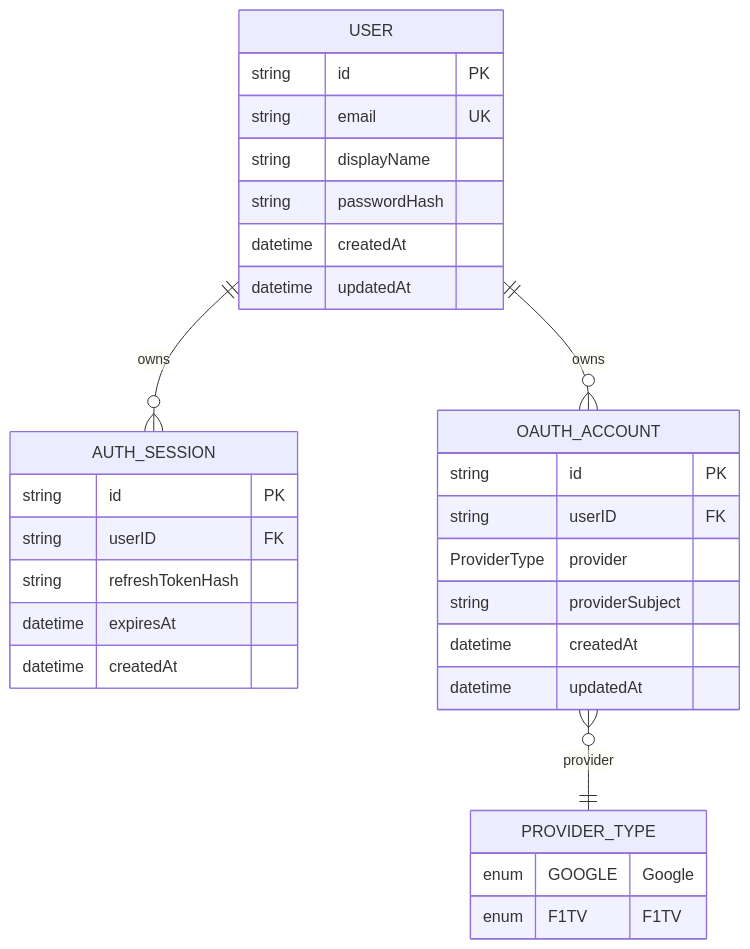
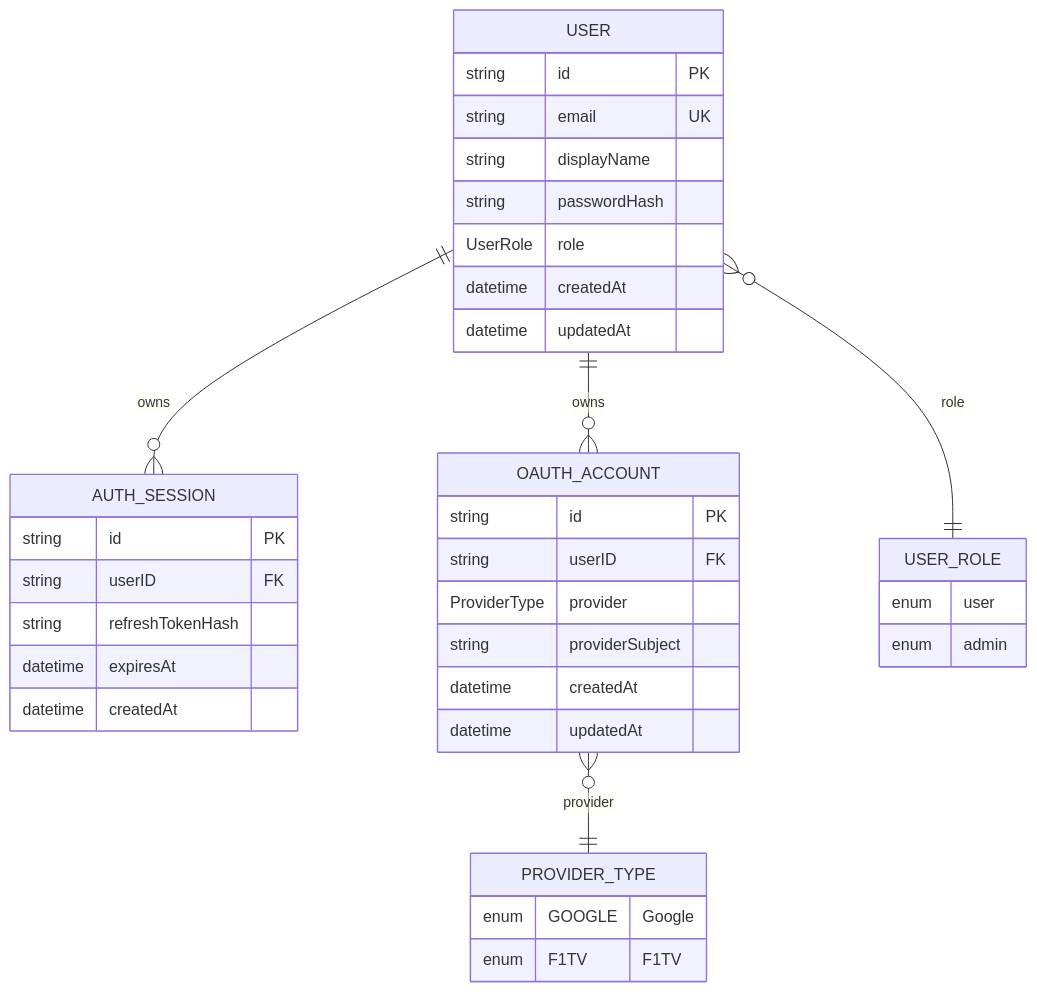
One commit to OverDrive-Motorsports/OD_Backend changed the diagram in services/auth-service/doc/db/database-diagram.mmd. Above: the diagram before and after it, drawn with Mermaid. The commit also changed 92 other files, not shown here.

Commit message:
feat(access): user JWT on data routes, public auth, admin-only ingestion

```diff
--- a/services/auth-service/doc/db/database-diagram.mmd
+++ b/services/auth-service/doc/db/database-diagram.mmd
@@ -1,35 +1,42 @@
 erDiagram
     USER {
         string id PK
         string email UK
         string displayName
         string passwordHash
+        UserRole role
         datetime createdAt
         datetime updatedAt
     }
 
     AUTH_SESSION {
         string id PK
         string userID FK
         string refreshTokenHash
         datetime expiresAt
         datetime createdAt
     }
 
     OAUTH_ACCOUNT {
         string id PK
         string userID FK
         ProviderType provider
         string providerSubject
         datetime createdAt
         datetime updatedAt
     }
 
+    USER_ROLE {
+        enum user
+        enum admin
+    }
+
     PROVIDER_TYPE {
         enum GOOGLE "Google"
         enum F1TV "F1TV"
     }
 
     USER ||--o{ AUTH_SESSION : owns
     USER ||--o{ OAUTH_ACCOUNT : owns
+    USER }o--|| USER_ROLE : role
     OAUTH_ACCOUNT }o--|| PROVIDER_TYPE : provider
```
